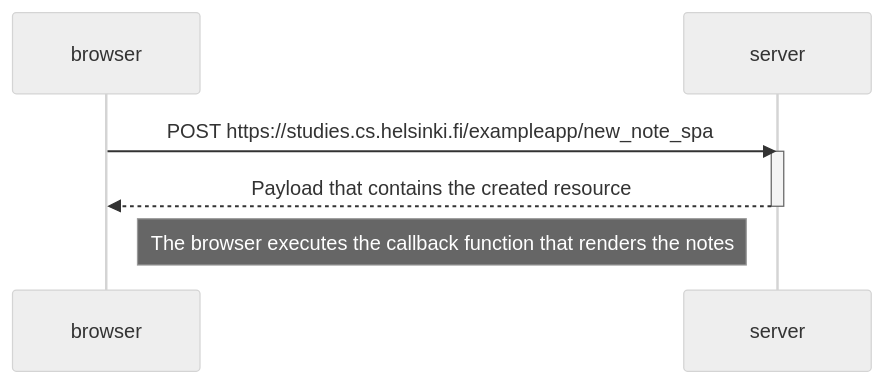
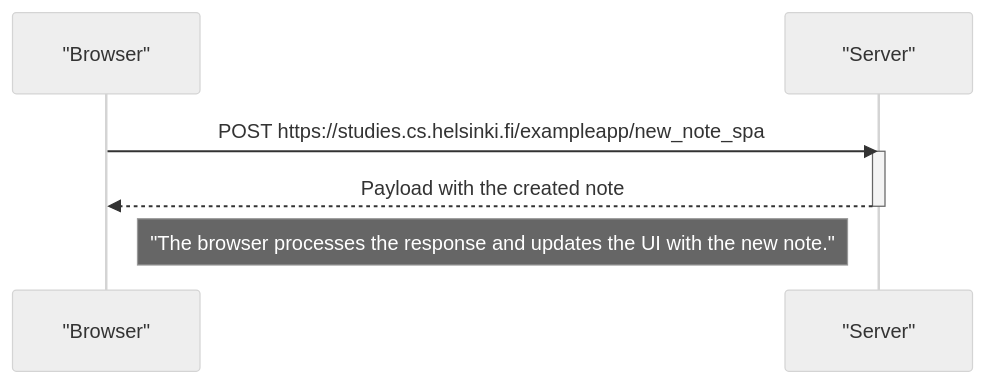
The diagram in part_0/06_new_note_in_single_page_app.md (MCosuna/full-stack-open), drawn with Mermaid (neutral theme) before and after one commit.

````diff
--- a/part_0/06_new_note_in_single_page_app.md
+++ b/part_0/06_new_note_in_single_page_app.md
@@ -1,12 +1,13 @@
 ```mermaid
 sequenceDiagram
-participant browser
-participant server
+    participant browser as "Browser"
+    participant server as "Server"
 
     browser->>server: POST https://studies.cs.helsinki.fi/exampleapp/new_note_spa
     activate server
-    server-->>browser: Payload that contains the created resource
+    server-->>browser: Payload with the created note
     deactivate server
 
-    Note right of browser: The browser executes the callback function that renders the notes
+    Note right of browser: "The browser processes the response and updates the UI with the new note."
+
 ```
````
